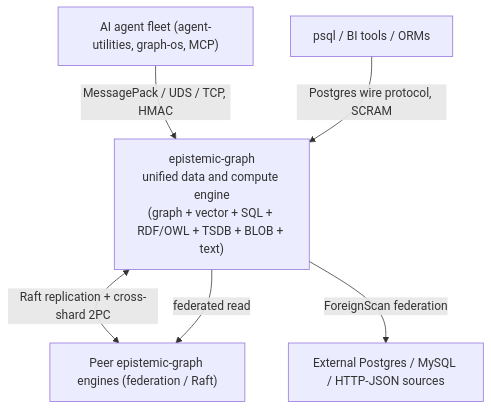
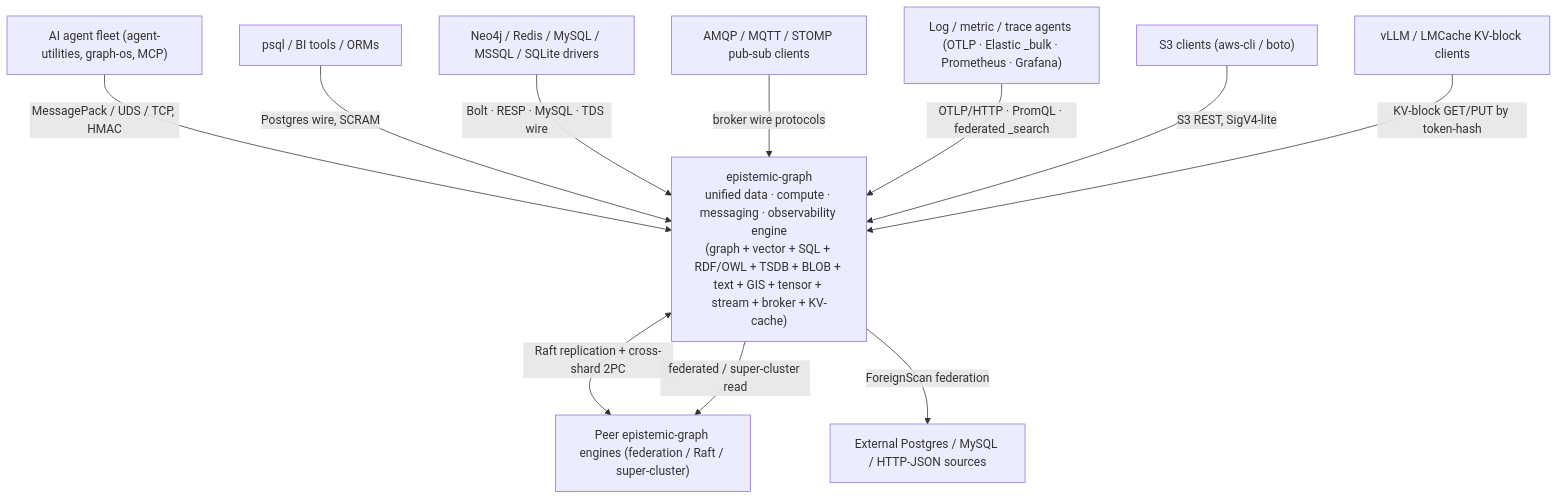
One commit to Knuckles-Team/epistemic-graph changed the first of 9 diagrams in docs/architecture/engine.md. Above: the diagram before and after it, drawn with Mermaid. The commit also changed other lines of this file and 4 other files, not shown here.

First line of the commit message:
docs(architecture): document waves 18-22 subsystems + C4 diagrams + 2.2.0 roadmap

````diff
--- a/docs/architecture/engine.md
+++ b/docs/architecture/engine.md
@@ -14,15 +14,25 @@
 ```mermaid
 flowchart TB
     AGENT["AI agent fleet (agent-utilities, graph-os, MCP)"]
     PSQL["psql / BI tools / ORMs"]
-    PEER["Peer epistemic-graph engines (federation / Raft)"]
+    DBCLI["Neo4j / Redis / MySQL / MSSQL / SQLite drivers"]
+    MSG["AMQP / MQTT / STOMP pub-sub clients"]
+    OBSAG["Log / metric / trace agents (OTLP · Elastic _bulk · Prometheus · Grafana)"]
+    S3CLI["S3 clients (aws-cli / boto)"]
+    LLM["vLLM / LMCache KV-block clients"]
+    PEER["Peer epistemic-graph engines (federation / Raft / super-cluster)"]
     EXT["External Postgres / MySQL / HTTP-JSON sources"]
 
-    ENGINE["epistemic-graph<br/>unified data and compute engine<br/>(graph + vector + SQL + RDF/OWL + TSDB + BLOB + text)"]
+    ENGINE["epistemic-graph<br/>unified data · compute · messaging · observability engine<br/>(graph + vector + SQL + RDF/OWL + TSDB + BLOB + text + GIS + tensor + stream + broker + KV-cache)"]
 
     AGENT -->|"MessagePack / UDS / TCP, HMAC"| ENGINE
-    PSQL -->|"Postgres wire protocol, SCRAM"| ENGINE
+    PSQL -->|"Postgres wire, SCRAM"| ENGINE
+    DBCLI -->|"Bolt · RESP · MySQL · TDS wire"| ENGINE
+    MSG -->|"broker wire protocols"| ENGINE
+    OBSAG -->|"OTLP/HTTP · PromQL · federated _search"| ENGINE
+    S3CLI -->|"S3 REST, SigV4-lite"| ENGINE
+    LLM -->|"KV-block GET/PUT by token-hash"| ENGINE
     ENGINE <-->|"Raft replication + cross-shard 2PC"| PEER
     ENGINE -->|"ForeignScan federation"| EXT
-    ENGINE -->|"federated read"| PEER
+    ENGINE -->|"federated / super-cluster read"| PEER
 ```
````
